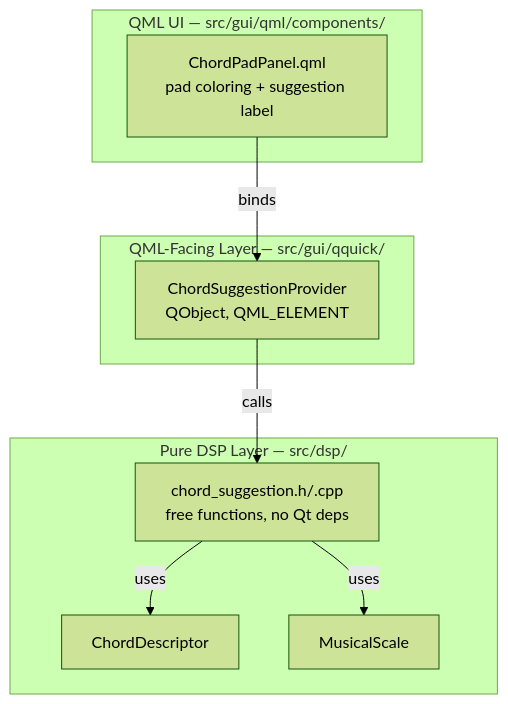
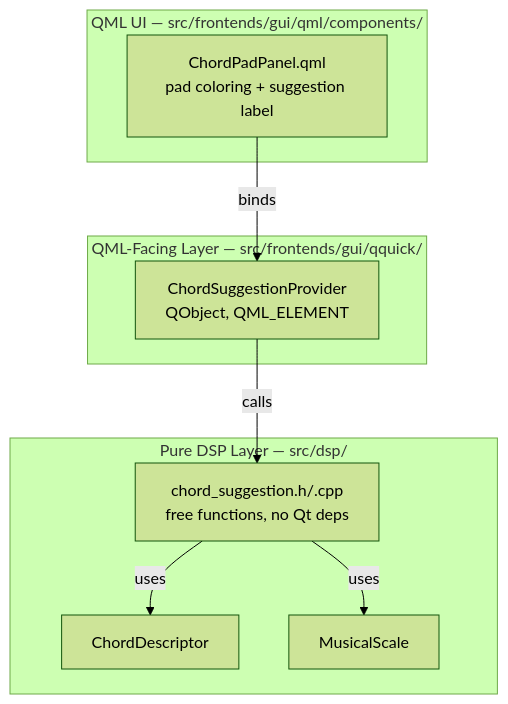
The first of 2 diagrams in doc/dev/chord_suggestion_engine.md (zrythm/zrythm), drawn with Mermaid (forest theme) before and after one commit. The commit also changed other lines of this file and 1601 other files, not shown here.

````diff
--- a/doc/dev/chord_suggestion_engine.md
+++ b/doc/dev/chord_suggestion_engine.md
@@ -48,21 +48,21 @@
 ```mermaid
 graph TD
     subgraph "Pure DSP Layer — src/dsp/"
         CS[chord_suggestion.h/.cpp<br/>free functions, no Qt deps]
         CD[ChordDescriptor]
         MS[MusicalScale]
     end
 
-    subgraph "QML-Facing Layer — src/gui/qquick/"
+    subgraph "QML-Facing Layer — src/frontends/gui/qquick/"
         CSP[ChordSuggestionProvider<br/>QObject, QML_ELEMENT]
     end
 
-    subgraph "QML UI — src/gui/qml/components/"
+    subgraph "QML UI — src/frontends/gui/qml/components/"
         CPP[ChordPadPanel.qml<br/>pad coloring + suggestion label]
     end
 
     CSP -->|calls| CS
     CS -->|uses| CD
     CS -->|uses| MS
     CPP -->|binds| CSP
 ```
````
